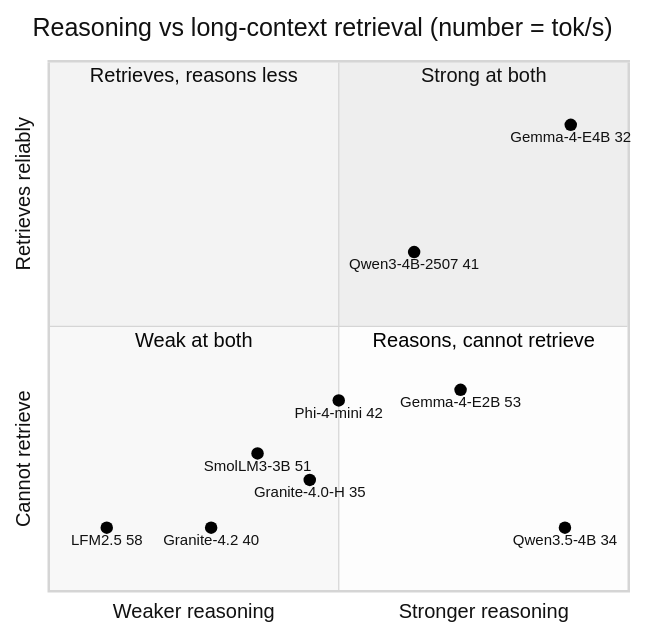
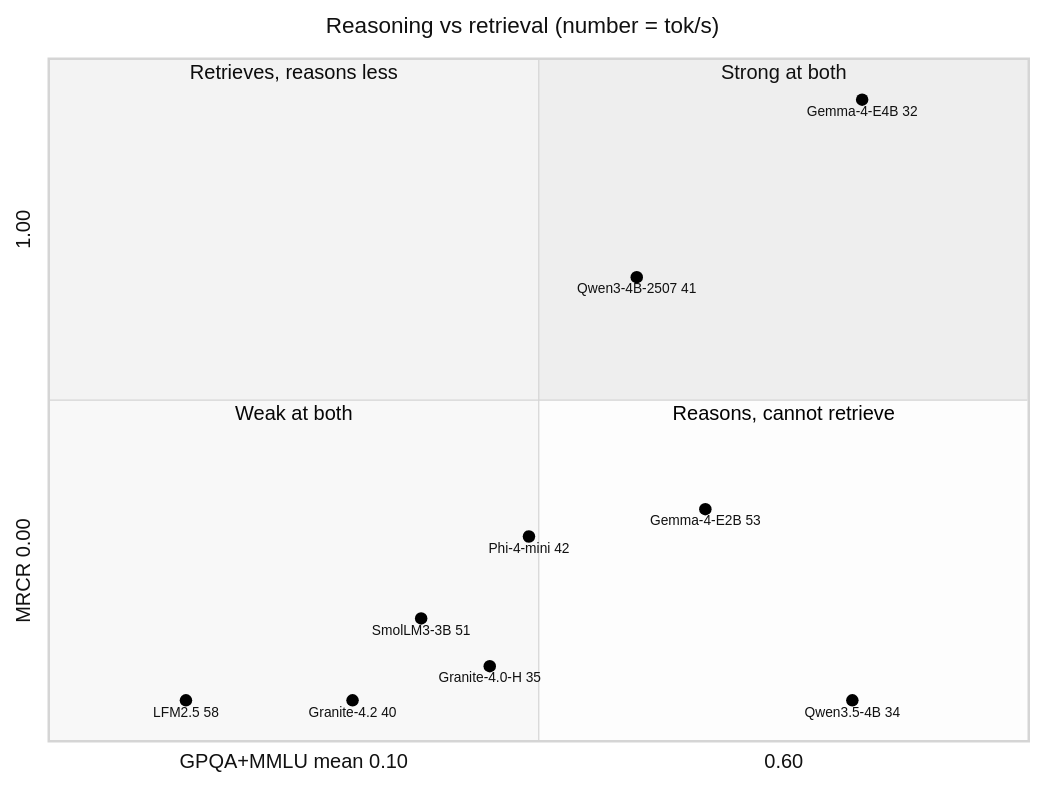
One commit to maximosipov/macbook-pro-2019-radeon-5500m-4gb changed the diagram in models.md. Above: the diagram before and after it, drawn with Mermaid (neutral theme). The commit also changed other lines of this file and 2 other files, not shown here.

Commit message:
Put numbers on the quadrant axes, add a grouped benchmark chart
- The quadrant axes now carry their actual ranges (GPQA+MMLU mean 0.10-0.60,
  MRCR 0.00-1.00) instead of "weaker/stronger", and the text states where the
  quadrant boundaries fall (0.35 and 0.25).
- New grouped bar chart: one group per benchmark, one coloured bar per model,
  with a legend. Hue families follow the makers - Alibaba blue, Google red, IBM
  green, Liquid AI purple, Microsoft amber, Hugging Face grey - so vendors read
  together here as they do in the tables. Measured zeros are labelled 0 and
  unmeasurable cells n/a, so the two cannot be confused.

Drawn with matplotlib, not Mermaid: xychart-beta renders multiple bar series but
has no legend, which a nine-model comparison needs. The generator is committed
as scripts/benchmark-chart.py so the chart can be regenerated from the scores.

Both charts were rendered and inspected while iterating. The numeric-axis draft
clipped its title and collided two labels in the bottom-left; the committed
version sets chartWidth and pointLabelFontSize to fix both.

````diff
--- a/models.md
+++ b/models.md
@@ -18,19 +22,27 @@
 ```mermaid
+---
+config:
+  quadrantChart:
+    chartWidth: 820
+    chartHeight: 620
+    pointLabelFontSize: 11
+    titleFontSize: 18
+---
 quadrantChart
-    title Reasoning vs long-context retrieval (number = tok/s)
-    x-axis Weaker reasoning --> Stronger reasoning
-    y-axis Cannot retrieve --> Retrieves reliably
+    title Reasoning vs retrieval (number = tok/s)
+    x-axis "GPQA+MMLU mean 0.10" --> "0.60"
+    y-axis "MRCR 0.00" --> "1.00"
     quadrant-1 Strong at both
     quadrant-2 Retrieves, reasons less
     quadrant-3 Weak at both
     quadrant-4 Reasons, cannot retrieve
-    Gemma-4-E4B 32: [0.90, 0.88]
-    Qwen3-4B-2507 41: [0.63, 0.64]
-    Gemma-4-E2B 53: [0.71, 0.38]
-    Phi-4-mini 42: [0.50, 0.36]
-    SmolLM3-3B 51: [0.36, 0.26]
-    Granite-4.0-H 35: [0.45, 0.21]
-    Granite-4.2 40: [0.28, 0.12]
-    LFM2.5 58: [0.10, 0.12]
-    Qwen3.5-4B 34: [0.89, 0.12]
+    Gemma-4-E4B 32: [0.83, 0.94]
+    Qwen3-4B-2507 41: [0.60, 0.68]
+    Gemma-4-E2B 53: [0.67, 0.34]
+    Phi-4-mini 42: [0.49, 0.30]
+    SmolLM3-3B 51: [0.38, 0.18]
+    Granite-4.0-H 35: [0.45, 0.11]
+    Granite-4.2 40: [0.31, 0.06]
+    LFM2.5 58: [0.14, 0.06]
+    Qwen3.5-4B 34: [0.82, 0.06]
 ```
````
